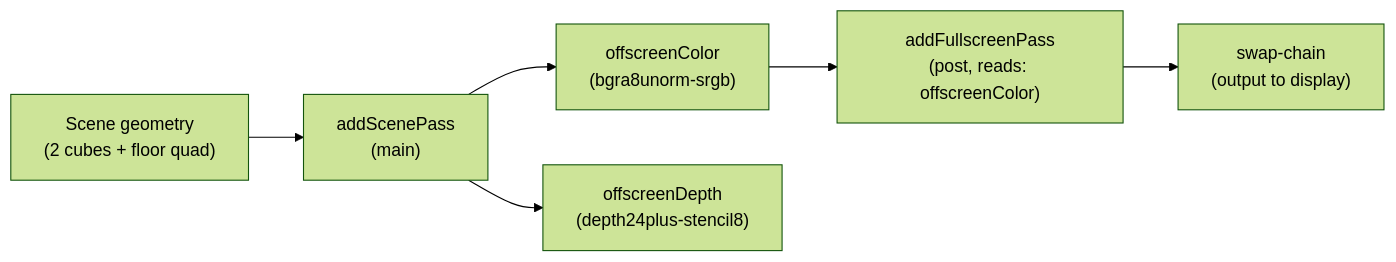
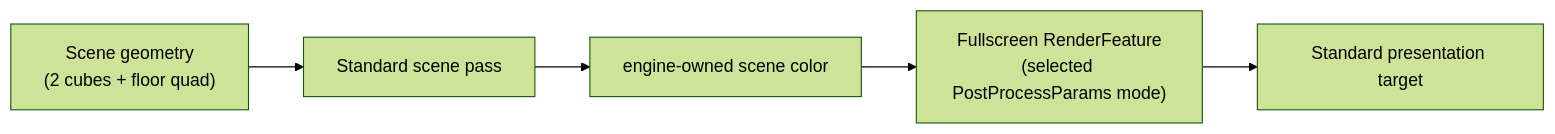
One commit to ForgeaX-Games/forgeax-editor changed the diagram in packages/engine/apps/learn-render/4.advanced-opengl/5.framebuffers/README.md. Above: the diagram before and after it, drawn with Mermaid (forest theme). The commit also changed other lines of this file and 5042 other files, not shown here.

````diff
--- a/packages/engine/apps/learn-render/4.advanced-opengl/5.framebuffers/README.md
+++ b/packages/engine/apps/learn-render/4.advanced-opengl/5.framebuffers/README.md
@@ -78,8 +76,7 @@
 ```mermaid
 flowchart LR
-  SCENE["Scene geometry<br/>(2 cubes + floor quad)"] --> MAIN["addScenePass<br/>(main)"]
-  MAIN --> OFFSCREEN_C["offscreenColor<br/>(bgra8unorm-srgb)"]
-  MAIN --> OFFSCREEN_D["offscreenDepth<br/>(depth24plus-stencil8)"]
-  OFFSCREEN_C --> POST["addFullscreenPass<br/>(post, reads: offscreenColor)"]
-  POST --> SWAP["swap-chain<br/>(output to display)"]
+  SCENE["Scene geometry<br/>(2 cubes + floor quad)"] --> MAIN["Standard scene pass"]
+  MAIN --> COLOR["engine-owned scene color"]
+  COLOR --> POST["Fullscreen RenderFeature<br/>(selected PostProcessParams mode)"]
+  POST --> SWAP["Standard presentation target"]
 ```
````
